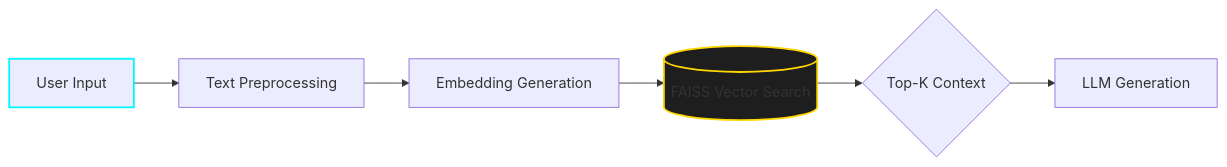
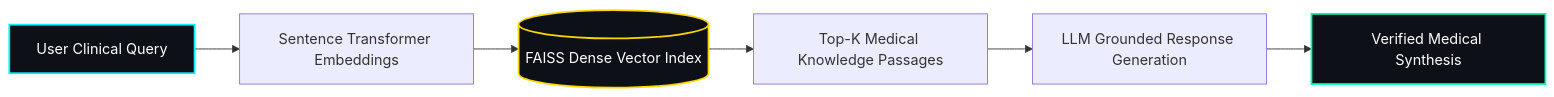
Before and after one commit to AnmolRajpoot25/AnmolRajpoot25: the fourth of 7 diagrams in README.md, drawn with Mermaid. The commit also changed other lines of this file, not shown here.

````diff
--- a/README.md
+++ b/README.md
@@ -60,10 +156,12 @@
 ```mermaid
-graph LR
-    A[User Input] --> B[Text Preprocessing]
-    B --> C[Embedding Generation]
-    C --> D[(FAISS Vector Search)]
-    D --> E{Top-K Context}
-    E --> F[LLM Generation]
-    style A stroke:#00F7FF,stroke-width:2px
-    style D fill:#1e1e1e,stroke:#FFD700,stroke-width:2px
+flowchart LR
+    UQ["User Clinical Query"] --> ST["Sentence Transformer Embeddings"]
+    ST --> FAISS[("FAISS Dense Vector Index")]
+    FAISS --> CTX["Top-K Medical Knowledge Passages"]
+    CTX --> LLM["LLM Grounded Response Generation"]
+    LLM --> OUT["Verified Medical Synthesis"]
+
+    style UQ fill:#0d1117,stroke:#00F7FF,stroke-width:2px,color:#fff
+    style FAISS fill:#0d1117,stroke:#FFD700,stroke-width:2px,color:#fff
+    style OUT fill:#0d1117,stroke:#00FFB3,stroke-width:2px,color:#fff
 ```
````
